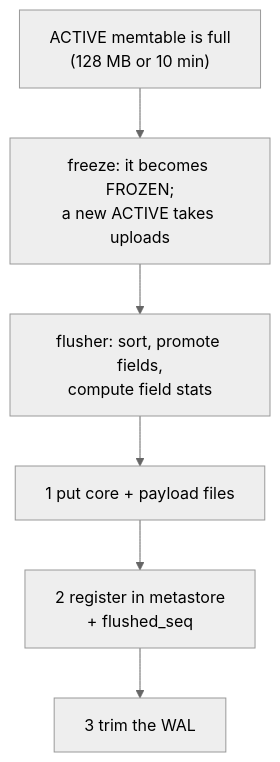
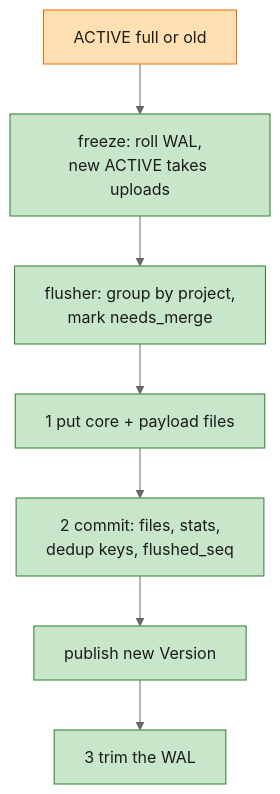
One commit to liukai/smithling changed the third of 10 diagrams in specs/002-m2-durable-storage-query-builder/starter-guide.md. Above: the diagram before and after it, drawn with Mermaid (neutral theme). The commit also changed other lines of this file, not shown here.

````diff
--- a/specs/002-m2-durable-storage-query-builder/starter-guide.md
+++ b/specs/002-m2-durable-storage-query-builder/starter-guide.md
@@ -52,10 +86,14 @@
 ```mermaid
 flowchart TB
-    A["ACTIVE memtable is full<br/>(128 MB or 10 min)"]
-    B["freeze: it becomes FROZEN;<br/>a new ACTIVE takes uploads"]
-    C["flusher: sort, promote fields,<br/>compute field stats"]
-    D["1 put core + payload files"]
-    E["2 register in metastore<br/>+ flushed_seq"]
-    F["3 trim the WAL"]
-    A --> B --> C --> D --> E --> F
+    A["ACTIVE full or old"]:::revised
+    B["freeze: roll WAL,<br/>new ACTIVE takes uploads"]:::new
+    C["flusher: group by project,<br/>mark needs_merge"]:::new
+    D["1 put core + payload files"]:::new
+    E["2 commit: files, stats,<br/>dedup keys, flushed_seq"]:::new
+    F["publish new Version"]:::new
+    G["3 trim the WAL"]:::new
+    A --> B --> C --> D --> E --> F --> G
+    classDef new fill:#c8e6c9,stroke:#2e7d32,color:#1b1b1b
+    classDef revised fill:#ffe0b2,stroke:#ef6c00,color:#1b1b1b
+    classDef old fill:#eeeeee,stroke:#9e9e9e,color:#1b1b1b
 ```
````
